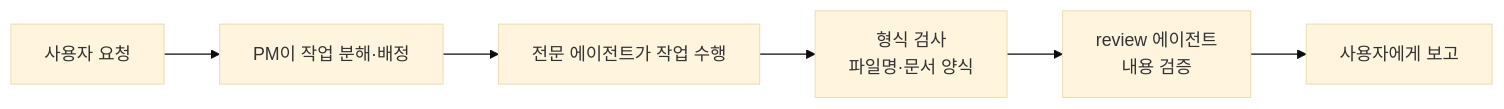
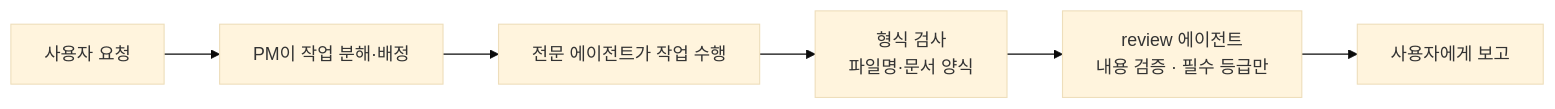
One commit to Inpsyt/teamAgentSample changed the diagram in README.md. Above: the diagram before and after it, drawn with Mermaid (base theme). The commit also changed other lines of this file and 8 other files, not shown here.

````diff
--- a/README.md
+++ b/README.md
@@ -55,8 +56,8 @@
 ```mermaid
 flowchart LR
     A[사용자 요청] --> B[PM이 작업 분해·배정]
     B --> C[전문 에이전트가 작업 수행]
     C --> D[형식 검사<br>파일명·문서 양식]
-    D --> E[review 에이전트<br>내용 검증]
+    D --> E[review 에이전트<br>내용 검증 · 필수 등급만]
     E --> F[사용자에게 보고]
 ```
````
